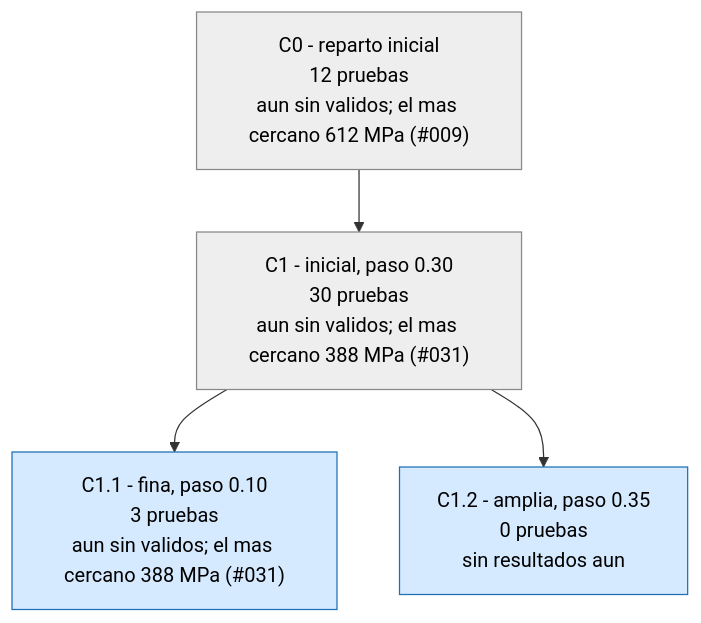
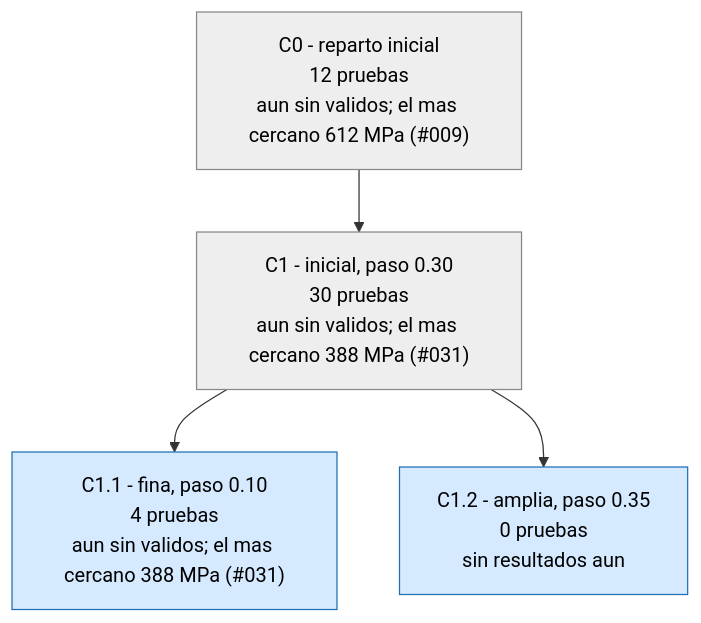
One commit to Hugiko/msd-soporte-optimizacion changed the third of 3 diagrams in runs/opt_37800N/ARBOL.md. Above: the diagram before and after it, drawn with Mermaid. The commit also changed 19 other files, not shown here.

````diff
--- a/runs/opt_37800N/ARBOL.md
+++ b/runs/opt_37800N/ARBOL.md
@@ -47,13 +47,13 @@
 ```mermaid
 graph TD
 classDef activa fill:#d6eaff,stroke:#1f6fb5,color:#000
 classDef fin fill:#eeeeee,stroke:#888,color:#000
 classDef mejor fill:#c8f0c0,stroke:#1a9850,stroke-width:4px,color:#000
 C0["C0 - reparto inicial<br/>12 pruebas<br/>aun sin validos; el mas cercano 612 MPa (#009)"]:::fin
 C1["C1 - inicial, paso 0.30<br/>30 pruebas<br/>aun sin validos; el mas cercano 388 MPa (#031)"]:::fin
 C0 --> C1
-C1_1["C1.1 - fina, paso 0.10<br/>3 pruebas<br/>aun sin validos; el mas cercano 388 MPa (#031)"]:::activa
+C1_1["C1.1 - fina, paso 0.10<br/>4 pruebas<br/>aun sin validos; el mas cercano 388 MPa (#031)"]:::activa
 C1 --> C1_1
 C1_2["C1.2 - amplia, paso 0.35<br/>0 pruebas<br/>sin resultados aun"]:::activa
 C1 --> C1_2
 ```
````
